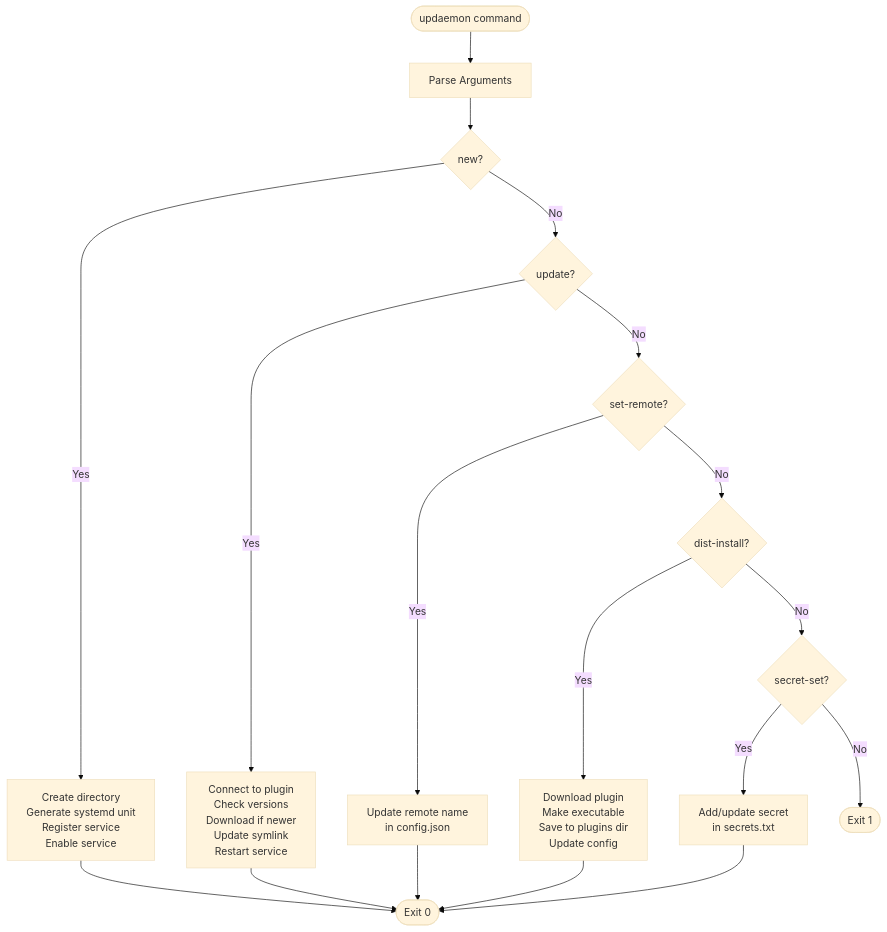
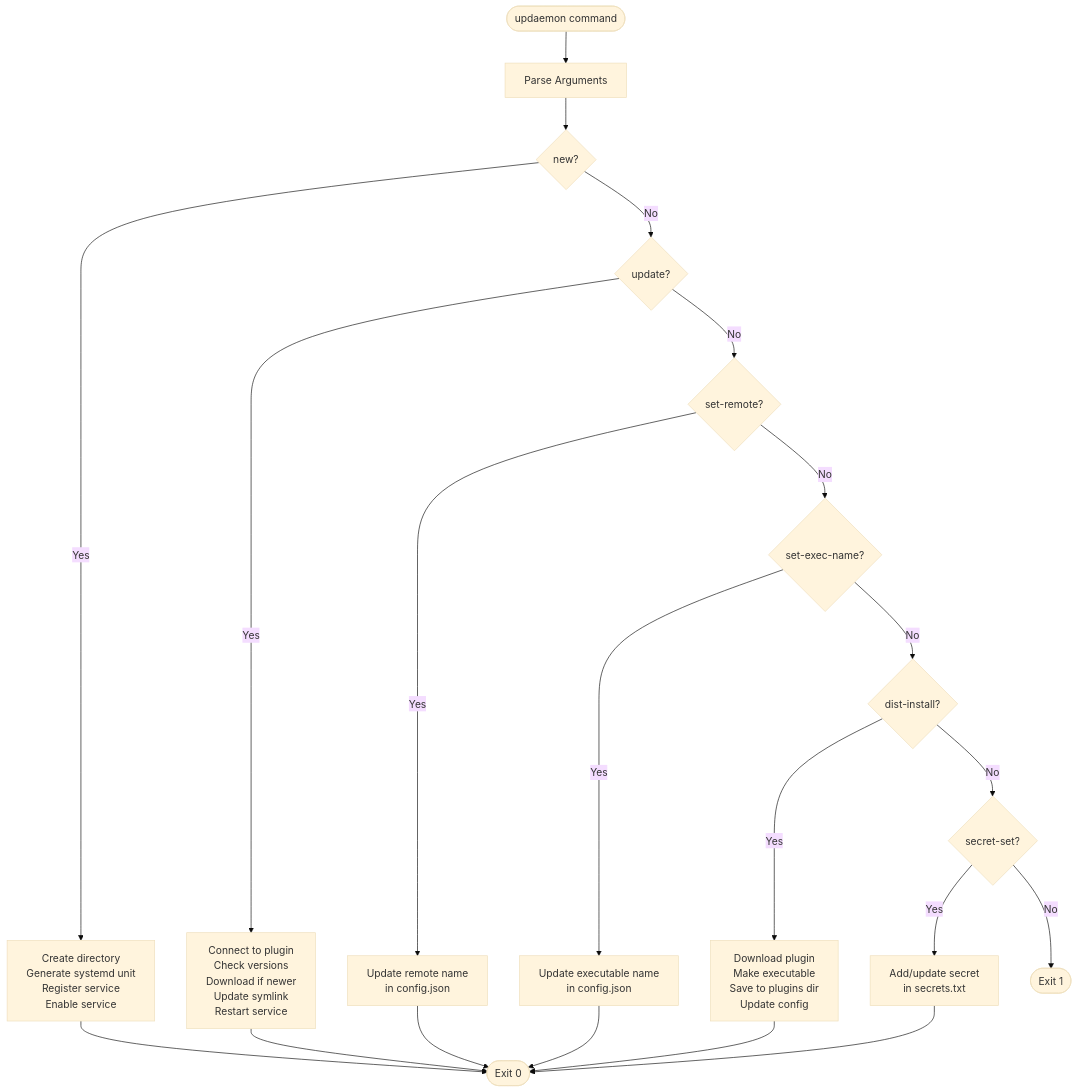
Before and after one commit to AdamTovatt/updaemon: the fifth of 5 diagrams in README.md, drawn with Mermaid (base theme). The commit also changed other lines of this file and 12 other files, not shown here.

````diff
--- a/README.md
+++ b/README.md
@@ -218,39 +220,44 @@
 ```mermaid
 graph TD
     Start([updaemon command])
     Parse[Parse Arguments]
     
     New{new?}
     Update{update?}
     SetRemote{set-remote?}
+    SetExecName{set-exec-name?}
     DistInstall{dist-install?}
     SecretSet{secret-set?}
     
     NewAction[Create directory<br/>Generate systemd unit<br/>Register service<br/>Enable service]
     UpdateAction[Connect to plugin<br/>Check versions<br/>Download if newer<br/>Update symlink<br/>Restart service]
     SetRemoteAction[Update remote name<br/>in config.json]
+    SetExecNameAction[Update executable name<br/>in config.json]
     DistInstallAction[Download plugin<br/>Make executable<br/>Save to plugins dir<br/>Update config]
     SecretSetAction[Add/update secret<br/>in secrets.txt]
     
     Success([Exit 0])
     Error([Exit 1])
     
     Start --> Parse
     Parse --> New
     New -->|Yes| NewAction
     New -->|No| Update
     Update -->|Yes| UpdateAction
     Update -->|No| SetRemote
     SetRemote -->|Yes| SetRemoteAction
-    SetRemote -->|No| DistInstall
+    SetRemote -->|No| SetExecName
+    SetExecName -->|Yes| SetExecNameAction
+    SetExecName -->|No| DistInstall
     DistInstall -->|Yes| DistInstallAction
     DistInstall -->|No| SecretSet
     SecretSet -->|Yes| SecretSetAction
     SecretSet -->|No| Error
     
     NewAction --> Success
     UpdateAction --> Success
     SetRemoteAction --> Success
+    SetExecNameAction --> Success
     DistInstallAction --> Success
     SecretSetAction --> Success
 ```
````
